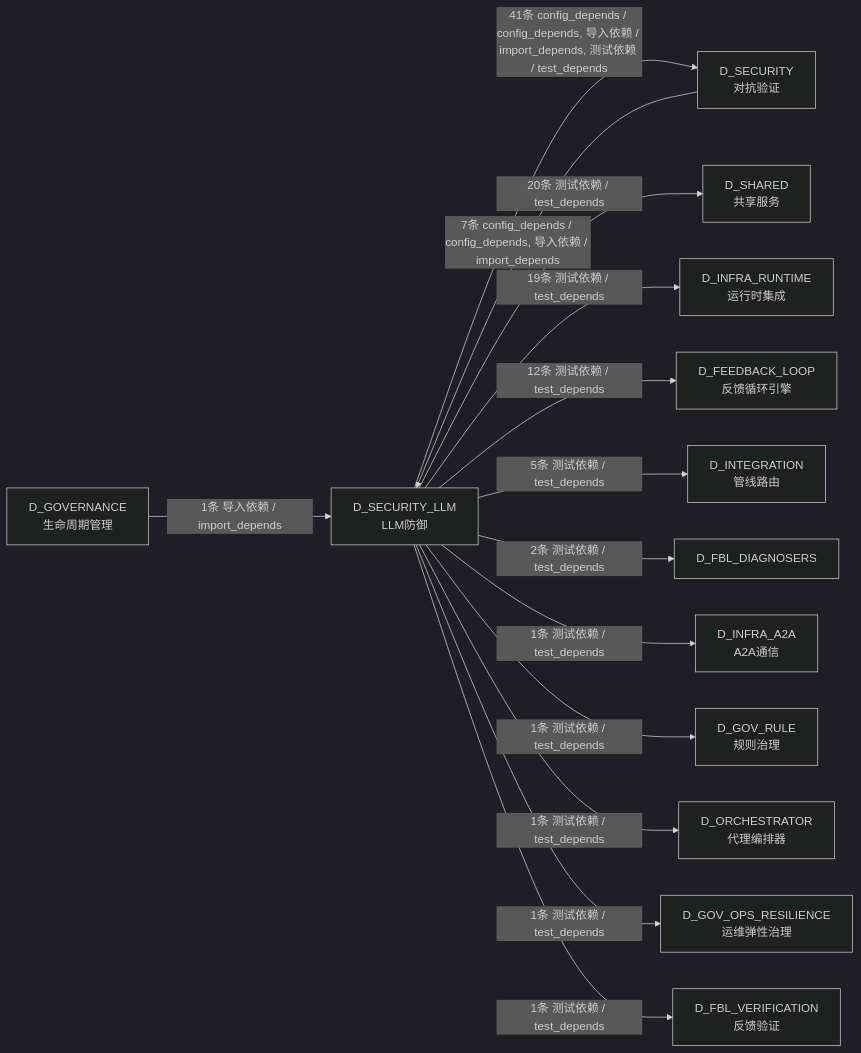
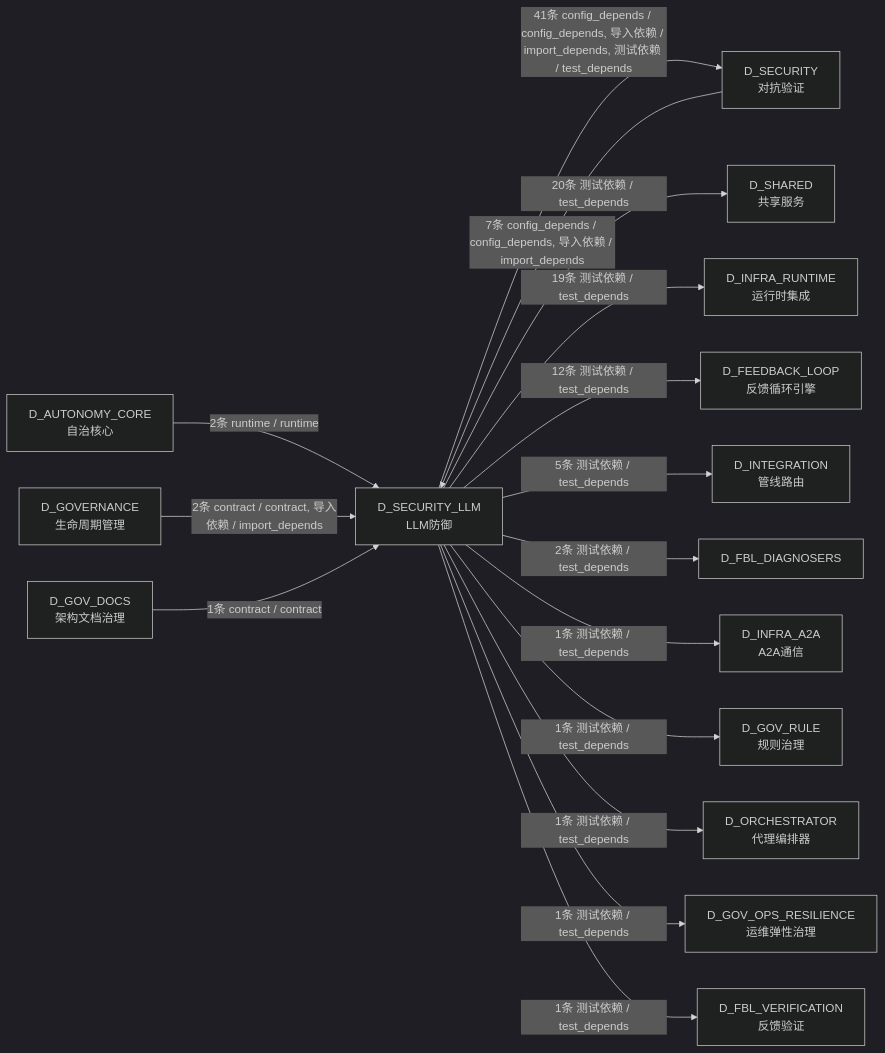
Before and after one commit to xuanFelixVan/ZephyrAlpha: the sixth of 6 diagrams in docs/02_enterprise_architecture/02_domain_architecture_docs/25_d_security_llm.md, drawn with Mermaid (dark theme). The commit also changed other lines of this file and 125 other files, not shown here.

````diff
--- a/docs/02_enterprise_architecture/02_domain_architecture_docs/25_d_security_llm.md
+++ b/docs/02_enterprise_architecture/02_domain_architecture_docs/25_d_security_llm.md
@@ -554,29 +570,33 @@
 ```mermaid
 graph LR
     D_SECURITY_LLM["D_SECURITY_LLM<br/>LLM防御"]
     D_SECURITY["D_SECURITY<br/>对抗验证"]
     D_SHARED["D_SHARED<br/>共享服务"]
     D_INFRA_RUNTIME["D_INFRA_RUNTIME<br/>运行时集成"]
     D_FEEDBACK_LOOP["D_FEEDBACK_LOOP<br/>反馈循环引擎"]
     D_INTEGRATION["D_INTEGRATION<br/>管线路由"]
     D_FBL_DIAGNOSERS["D_FBL_DIAGNOSERS"]
     D_INFRA_A2A["D_INFRA_A2A<br/>A2A通信"]
     D_GOV_RULE["D_GOV_RULE<br/>规则治理"]
     D_ORCHESTRATOR["D_ORCHESTRATOR<br/>代理编排器"]
     D_GOV_OPS_RESILIENCE["D_GOV_OPS_RESILIENCE<br/>运维弹性治理"]
     D_FBL_VERIFICATION["D_FBL_VERIFICATION<br/>反馈验证"]
+    D_AUTONOMY_CORE["D_AUTONOMY_CORE<br/>自治核心"]
     D_GOVERNANCE["D_GOVERNANCE<br/>生命周期管理"]
+    D_GOV_DOCS["D_GOV_DOCS<br/>架构文档治理"]
     D_SECURITY_LLM -->|41条 config_depends / config_depends, 导入依赖 / import_depends, 测试依赖 / test_depends| D_SECURITY
     D_SECURITY_LLM -->|20条 测试依赖 / test_depends| D_SHARED
     D_SECURITY_LLM -->|19条 测试依赖 / test_depends| D_INFRA_RUNTIME
     D_SECURITY_LLM -->|12条 测试依赖 / test_depends| D_FEEDBACK_LOOP
     D_SECURITY_LLM -->|5条 测试依赖 / test_depends| D_INTEGRATION
     D_SECURITY_LLM -->|2条 测试依赖 / test_depends| D_FBL_DIAGNOSERS
     D_SECURITY_LLM -->|1条 测试依赖 / test_depends| D_INFRA_A2A
     D_SECURITY_LLM -->|1条 测试依赖 / test_depends| D_GOV_RULE
     D_SECURITY_LLM -->|1条 测试依赖 / test_depends| D_ORCHESTRATOR
     D_SECURITY_LLM -->|1条 测试依赖 / test_depends| D_GOV_OPS_RESILIENCE
     D_SECURITY_LLM -->|1条 测试依赖 / test_depends| D_FBL_VERIFICATION
     D_SECURITY -->|7条 config_depends / config_depends, 导入依赖 / import_depends| D_SECURITY_LLM
-    D_GOVERNANCE -->|1条 导入依赖 / import_depends| D_SECURITY_LLM
+    D_AUTONOMY_CORE -->|2条 runtime / runtime| D_SECURITY_LLM
+    D_GOVERNANCE -->|2条 contract / contract, 导入依赖 / import_depends| D_SECURITY_LLM
+    D_GOV_DOCS -->|1条 contract / contract| D_SECURITY_LLM
 ```
````
